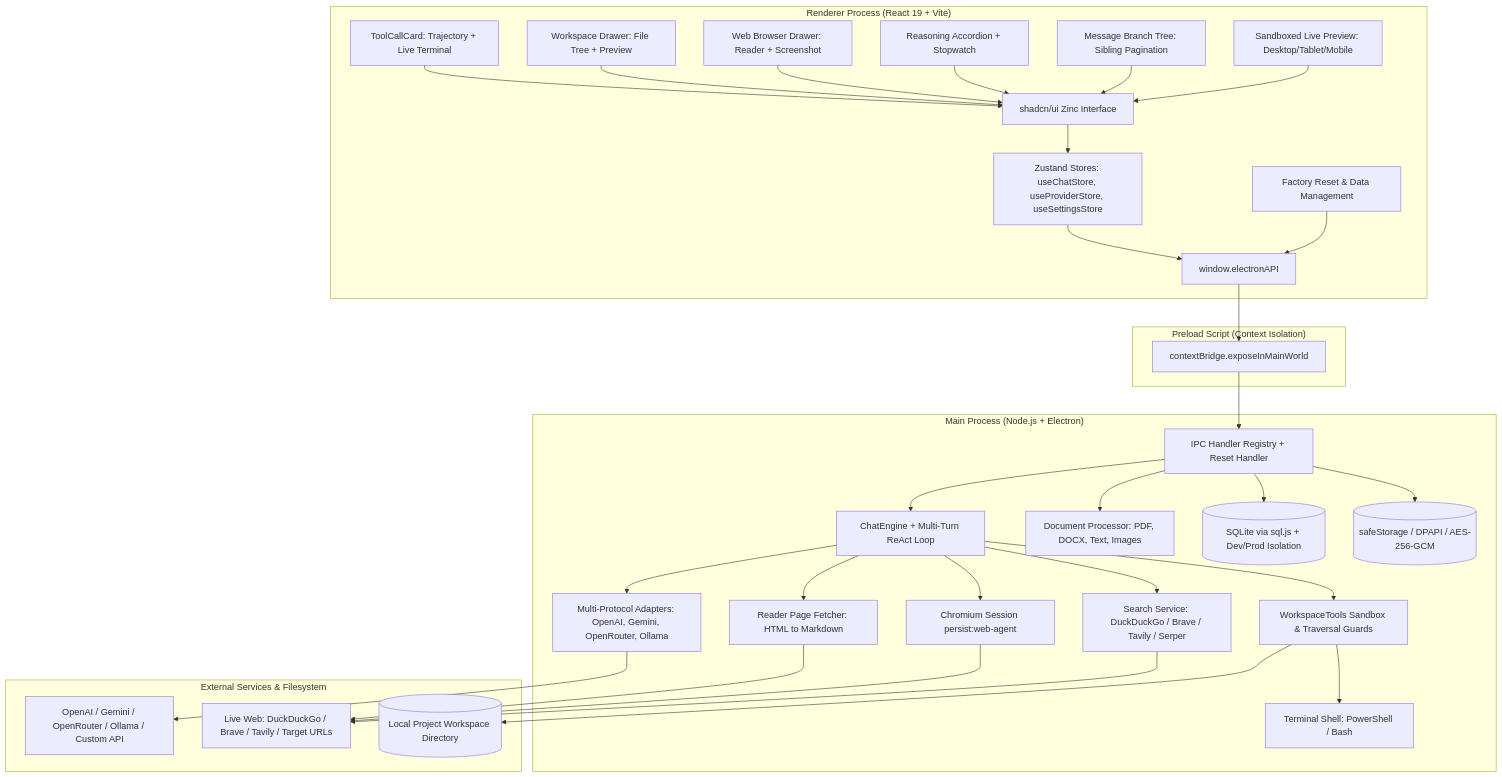
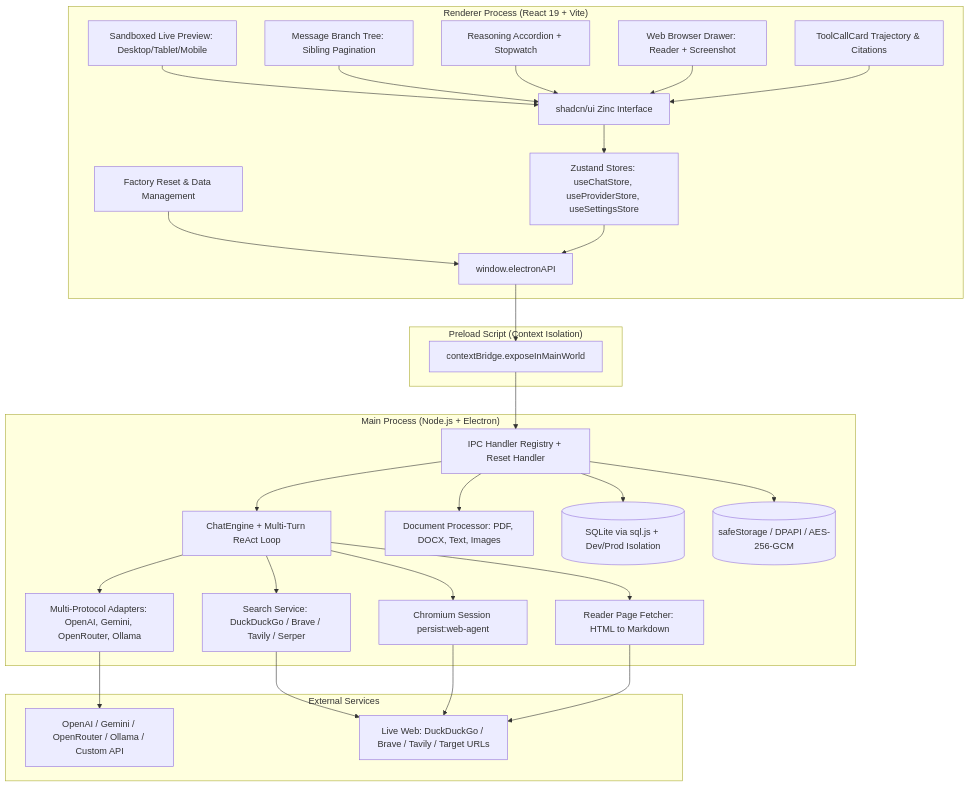
The diagram in README.md (brick-24/box-llm-ui), drawn with Mermaid before and after one commit. The commit also changed other lines of this file and 34 other files, not shown here.

````diff
--- a/README.md
+++ b/README.md
@@ -95,66 +79,58 @@
 ```mermaid
 graph TD
     subgraph Renderer ["Renderer Process (React 19 + Vite)"]
         UI[shadcn/ui Zinc Interface]
         Artifacts[Sandboxed Live Preview: Desktop/Tablet/Mobile]
         Branching[Message Branch Tree: Sibling Pagination]
         Thinking[Reasoning Accordion + Stopwatch]
         BrowserDrawer[Web Browser Drawer: Reader + Screenshot]
-        WorkspaceDrawer[Workspace Drawer: File Tree + Preview]
-        ToolCards[ToolCallCard: Trajectory + Live Terminal]
+        ToolCards[ToolCallCard Trajectory & Citations]
         DangerZone[Factory Reset & Data Management]
         Zustand[Zustand Stores: useChatStore, useProviderStore, useSettingsStore]
         Bridge[window.electronAPI]
     end
 
     subgraph Preload ["Preload Script (Context Isolation)"]
         CB[contextBridge.exposeInMainWorld]
     end
 
     subgraph Main ["Main Process (Node.js + Electron)"]
         IPC[IPC Handler Registry + Reset Handler]
         Engine[ChatEngine + Multi-Turn ReAct Loop]
-        WorkspaceTools[WorkspaceTools Sandbox & Traversal Guards]
-        Shell[Terminal Shell: PowerShell / Bash]
         BrowserSession[Chromium Session persist:web-agent]
         SearchEng[Search Service: DuckDuckGo / Brave / Tavily / Serper]
         PageFetch[Reader Page Fetcher: HTML to Markdown]
         DocProc[Document Processor: PDF, DOCX, Text, Images]
         Adapters[Multi-Protocol Adapters: OpenAI, Gemini, OpenRouter, Ollama]
         DB[(SQLite via sql.js + Dev/Prod Isolation)]
         Keyring[(safeStorage / DPAPI / AES-256-GCM)]
     end
 
-    subgraph External ["External Services & Filesystem"]
+    subgraph External ["External Services"]
         APIs[OpenAI / Gemini / OpenRouter / Ollama / Custom API]
         Web[Live Web: DuckDuckGo / Brave / Tavily / Target URLs]
-        FS[(Local Project Workspace Directory)]
     end
 
     UI --> Zustand
     Artifacts --> UI
     Branching --> UI
     Thinking --> UI
     BrowserDrawer --> UI
-    WorkspaceDrawer --> UI
     ToolCards --> UI
     DangerZone --> Bridge
     Zustand --> Bridge
     Bridge --> CB
     CB --> IPC
     IPC --> Engine
-    Engine --> WorkspaceTools
-    WorkspaceTools --> FS
-    WorkspaceTools --> Shell
     Engine --> BrowserSession
     Engine --> SearchEng
     Engine --> PageFetch
     IPC --> DocProc
     IPC --> DB
     IPC --> Keyring
     Engine --> Adapters
     Adapters --> APIs
     SearchEng --> Web
     BrowserSession --> Web
     PageFetch --> Web
 ```
````
